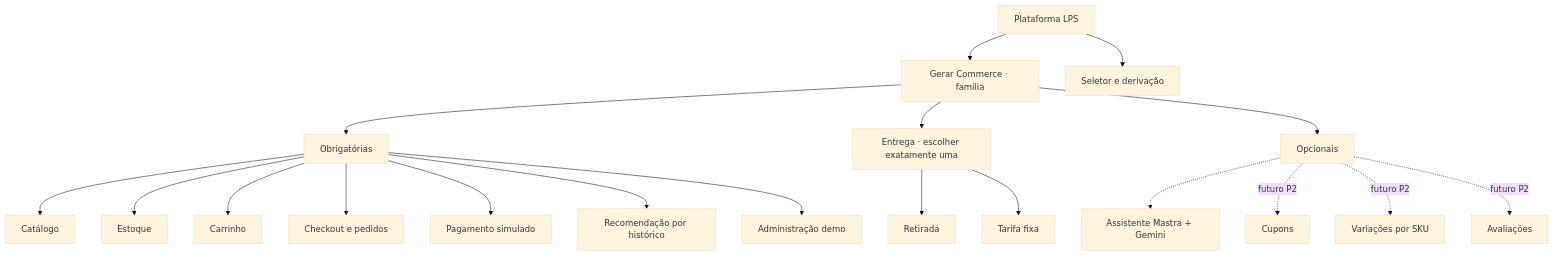
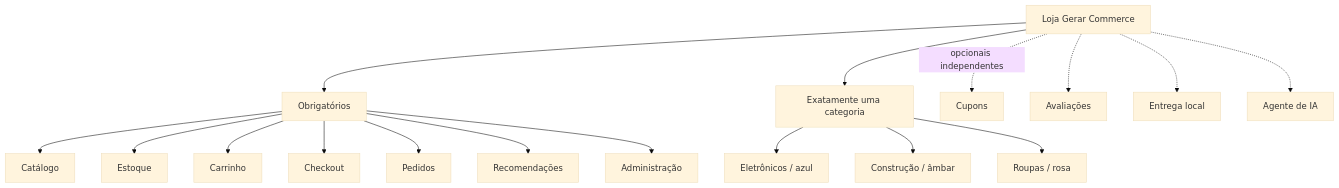
Before and after one commit to CaioMascarenhas/gerar-commerce: the diagram in docs/variabilidade.md, drawn with Mermaid (base theme). The commit also changed other lines of this file and 63 other files, not shown here.

````diff
--- a/docs/variabilidade.md
+++ b/docs/variabilidade.md
@@ -24,21 +18,19 @@
 ```mermaid
-flowchart TD
-  ROOT[Gerar Commerce · família] --> CORE[Obrigatórias]
-  CORE --> CAT[Catálogo]
-  CORE --> EST[Estoque]
-  CORE --> CAR[Carrinho]
-  CORE --> PED[Checkout e pedidos]
-  CORE --> PAG[Pagamento simulado]
-  CORE --> REC[Recomendação por histórico]
-  CORE --> ADM[Administração demo]
-  ROOT --> ENTREGA[Entrega · escolher exatamente uma]
-  ENTREGA --> RET[Retirada]
-  ENTREGA --> TAX[Tarifa fixa]
-  ROOT --> OPT[Opcionais]
-  OPT -.-> IA[Assistente Mastra + Gemini]
-  OPT -. futuro P2 .-> CUP[Cupons]
-  OPT -. futuro P2 .-> SKU[Variações por SKU]
-  OPT -. futuro P2 .-> AV[Avaliações]
-  PLATFORM[Plataforma LPS] --> CONFIG[Seletor e derivação]
-  PLATFORM --> ROOT
+flowchart TB
+  L[Loja Gerar Commerce] --> CORE[Obrigatórios]
+  CORE --> C[Catálogo]
+  CORE --> E[Estoque]
+  CORE --> CART[Carrinho]
+  CORE --> CHECK[Checkout]
+  CORE --> O[Pedidos]
+  CORE --> R[Recomendações]
+  CORE --> A[Administração]
+  L --> CAT[Exatamente uma categoria]
+  CAT --> EL[Eletrônicos / azul]
+  CAT --> CO[Construção / âmbar]
+  CAT --> RO[Roupas / rosa]
+  L -. opcionais independentes .-> CUP[Cupons]
+  L -.-> REV[Avaliações]
+  L -.-> DEL[Entrega local]
+  L -.-> AI[Agente de IA]
 ```
````
